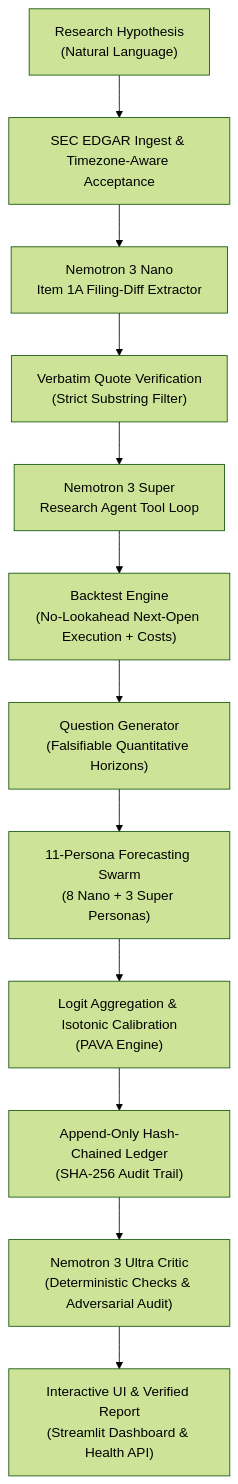
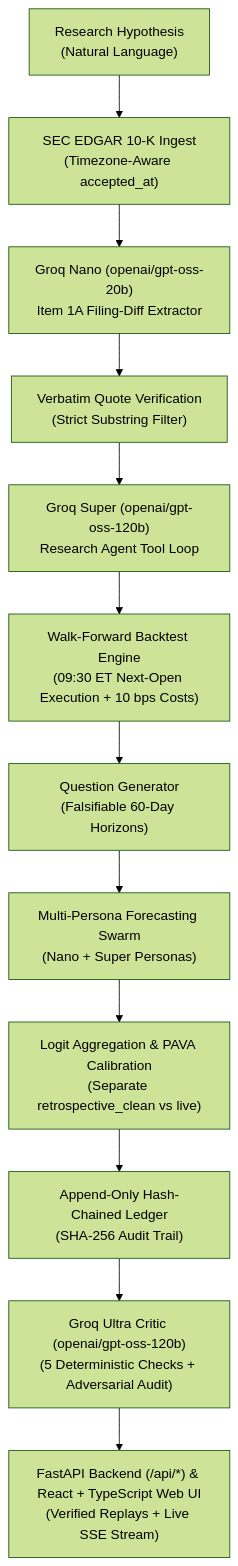
The diagram in README.md (One-Hat/Albus), drawn with Mermaid (forest theme) before and after one commit. The commit also changed other lines of this file and 10 other files, not shown here.

Commit message:
chore(audit): replace hardcoded benchmarks with live Groq telemetry and update README

````diff
--- a/README.md
+++ b/README.md
@@ -32,14 +31,14 @@
 ```mermaid
 flowchart TD
-    A["Research Hypothesis<br/>(Natural Language)"] --> B["SEC EDGAR Ingest & Timezone-Aware Acceptance"]
-    B --> C["Nemotron 3 Nano<br/>Item 1A Filing-Diff Extractor"]
+    A["Research Hypothesis<br/>(Natural Language)"] --> B["SEC EDGAR 10-K Ingest<br/>(Timezone-Aware accepted_at)"]
+    B --> C["Groq Nano (openai/gpt-oss-20b)<br/>Item 1A Filing-Diff Extractor"]
     C --> D["Verbatim Quote Verification<br/>(Strict Substring Filter)"]
-    D --> E["Nemotron 3 Super<br/>Research Agent Tool Loop"]
-    E --> F["Backtest Engine<br/>(No-Lookahead Next-Open Execution + Costs)"]
-    F --> G["Question Generator<br/>(Falsifiable Quantitative Horizons)"]
-    G --> H["11-Persona Forecasting Swarm<br/>(8 Nano + 3 Super Personas)"]
-    H --> I["Logit Aggregation & Isotonic Calibration<br/>(PAVA Engine)"]
+    D --> E["Groq Super (openai/gpt-oss-120b)<br/>Research Agent Tool Loop"]
+    E --> F["Walk-Forward Backtest Engine<br/>(09:30 ET Next-Open Execution + 10 bps Costs)"]
+    F --> G["Question Generator<br/>(Falsifiable 60-Day Horizons)"]
+    G --> H["Multi-Persona Forecasting Swarm<br/>(Nano + Super Personas)"]
+    H --> I["Logit Aggregation & PAVA Calibration<br/>(Separate retrospective_clean vs live)"]
     I --> J["Append-Only Hash-Chained Ledger<br/>(SHA-256 Audit Trail)"]
-    J --> K["Nemotron 3 Ultra Critic<br/>(Deterministic Checks & Adversarial Audit)"]
-    K --> L["Interactive UI & Verified Report<br/>(Streamlit Dashboard & Health API)"]
+    J --> K["Groq Ultra Critic (openai/gpt-oss-120b)<br/>(5 Deterministic Checks + Adversarial Audit)"]
+    K --> L["FastAPI Backend (/api/*) & React + TypeScript Web UI<br/>(Verified Replays + Live SSE Stream)"]
 ```
````
